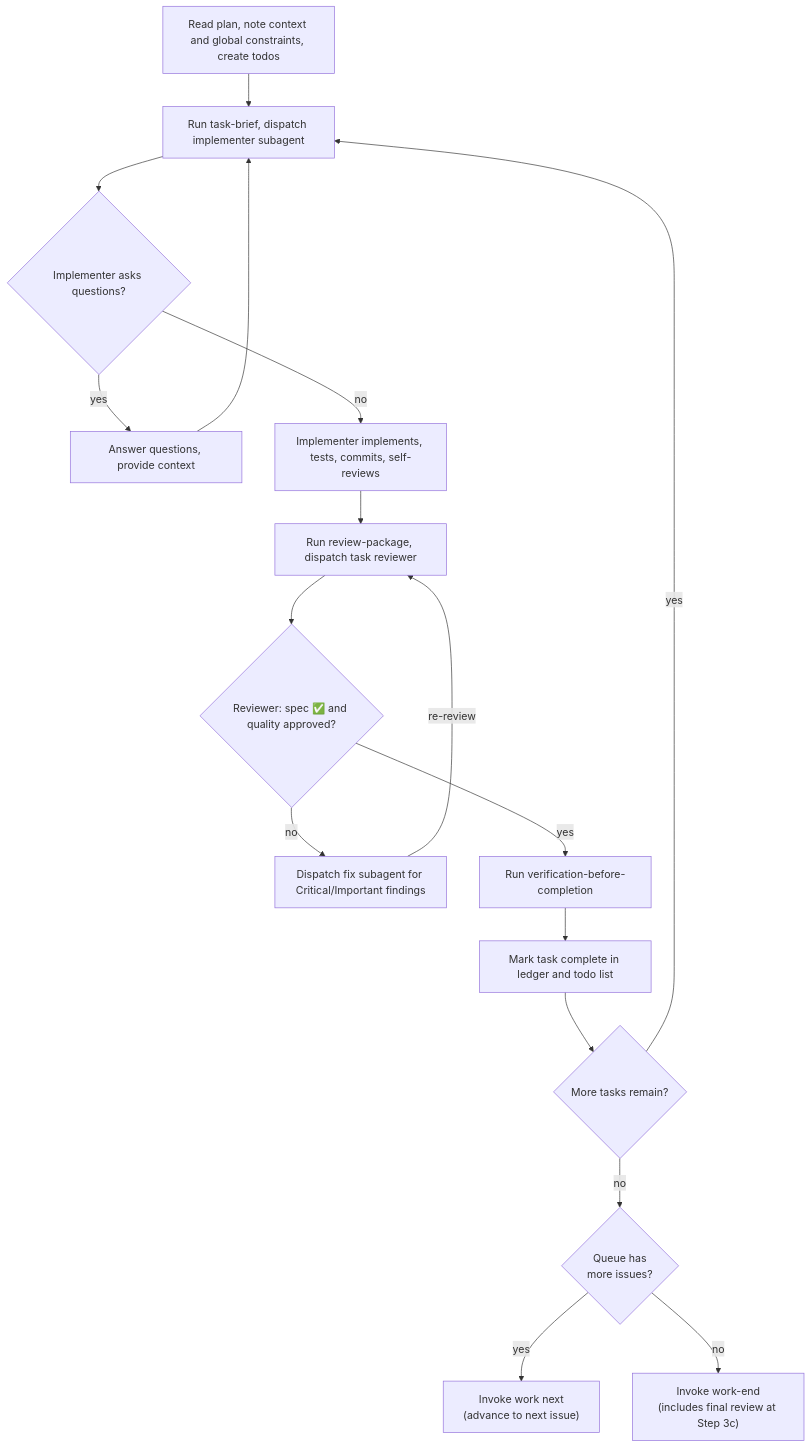
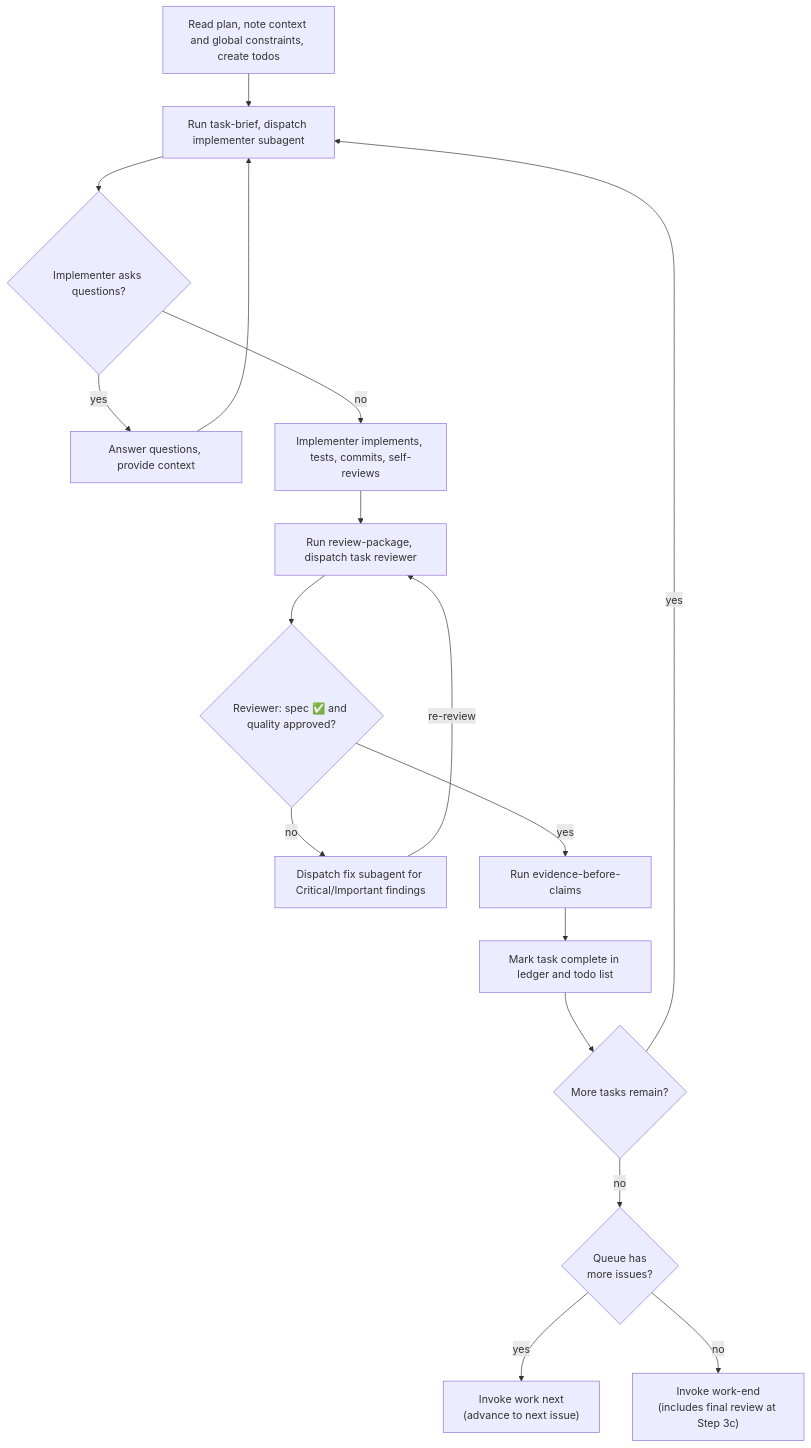
One commit to Hortora/soredium changed the second of 2 diagrams in subagent-driven-development/SKILL.md. Above: the diagram before and after it, drawn with Mermaid. The commit also changed other lines of this file and 22 other files, not shown here.

````diff
--- a/subagent-driven-development/SKILL.md
+++ b/subagent-driven-development/SKILL.md
@@ -71,34 +71,34 @@
 ```mermaid
 flowchart TD
     PLAN["Read plan, note context and global constraints, create todos"]
     BRIEF["Run task-brief, dispatch implementer subagent"]
     QUESTIONS{"Implementer asks questions?"}
     ANSWER["Answer questions, provide context"]
     IMPLEMENT["Implementer implements, tests, commits, self-reviews"]
     REVIEW["Run review-package, dispatch task reviewer"]
     APPROVED{"Reviewer: spec ✅ and quality approved?"}
     FIX["Dispatch fix subagent for Critical/Important findings"]
-    VBC["Run verification-before-completion"]
+    VBC["Run evidence-before-claims"]
     DONE["Mark task complete in ledger and todo list"]
     MORE{"More tasks remain?"}
     QUEUE{"Queue has\nmore issues?"}
     WORKNEXT["Invoke work next\n(advance to next issue)"]
     WORKEND["Invoke work-end\n(includes final review at Step 3c)"]
 
     PLAN --> BRIEF
     BRIEF --> QUESTIONS
     QUESTIONS -->|"yes"| ANSWER
     ANSWER --> BRIEF
     QUESTIONS -->|"no"| IMPLEMENT
     IMPLEMENT --> REVIEW
     REVIEW --> APPROVED
     APPROVED -->|"no"| FIX
     FIX -->|"re-review"| REVIEW
     APPROVED -->|"yes"| VBC
     VBC --> DONE
     DONE --> MORE
     MORE -->|"yes"| BRIEF
     MORE -->|"no"| QUEUE
     QUEUE -->|"yes"| WORKNEXT
     QUEUE -->|"no"| WORKEND
 ```
````
